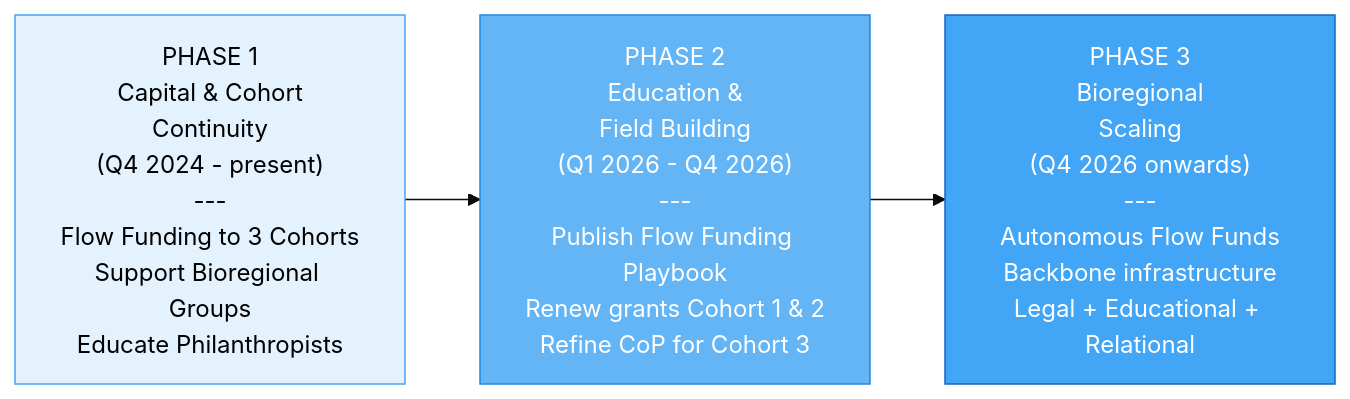
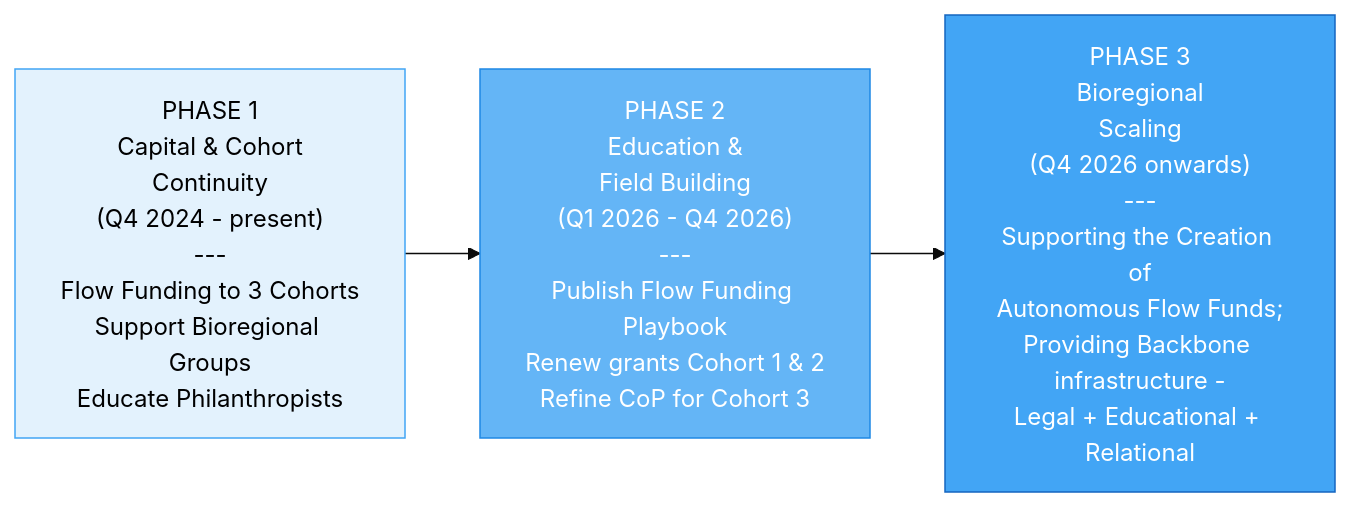
The fourth of 4 diagrams in kinship-earth/EXECUTIVE-SUMMARY.md (Light-Brands/sydney), drawn with Mermaid (base theme) before and after one commit. The commit also changed other lines of this file, not shown here.

````diff
--- a/kinship-earth/EXECUTIVE-SUMMARY.md
+++ b/kinship-earth/EXECUTIVE-SUMMARY.md
@@ -218,15 +216,15 @@
 ```mermaid
 flowchart LR
     P1["PHASE 1<br/>Capital & Cohort<br/>Continuity<br/>(Q4 2024 - present)<br/>---<br/>Flow Funding to 3 Cohorts<br/>Support Bioregional Groups<br/>Educate Philanthropists"]
 
     P2["PHASE 2<br/>Education &<br/>Field Building<br/>(Q1 2026 - Q4 2026)<br/>---<br/>Publish Flow Funding Playbook<br/>Renew grants Cohort 1 & 2<br/>Refine CoP for Cohort 3"]
 
-    P3["PHASE 3<br/>Bioregional<br/>Scaling<br/>(Q4 2026 onwards)<br/>---<br/>Autonomous Flow Funds<br/>Backbone infrastructure<br/>Legal + Educational + Relational"]
+    P3["PHASE 3<br/>Bioregional<br/>Scaling<br/>(Q4 2026 onwards)<br/>---<br/>Supporting the Creation of<br/>Autonomous Flow Funds;<br/>Providing Backbone infrastructure -<br/>Legal + Educational + Relational"]
 
     P1 --> P2
     P2 --> P3
 
     style P1 fill:#E3F2FD,stroke:#42A5F5,color:#000
     style P2 fill:#64B5F6,stroke:#1E88E5,color:#fff
     style P3 fill:#42A5F5,stroke:#1565C0,color:#fff
 ```
````
